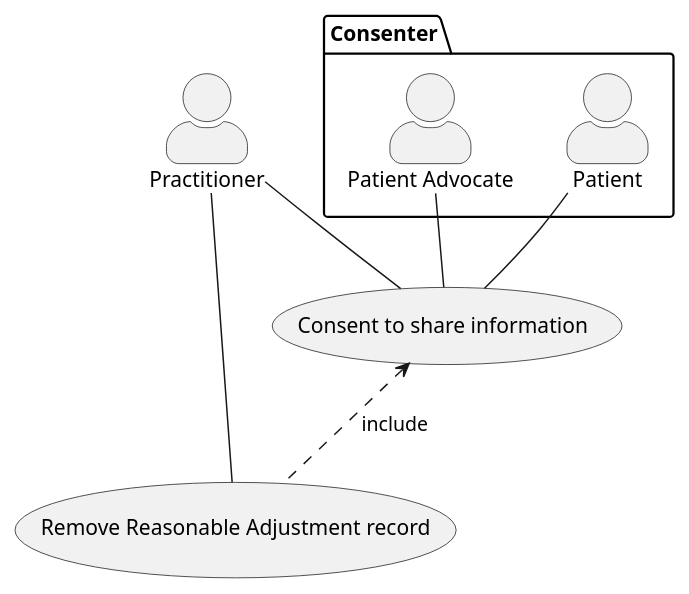
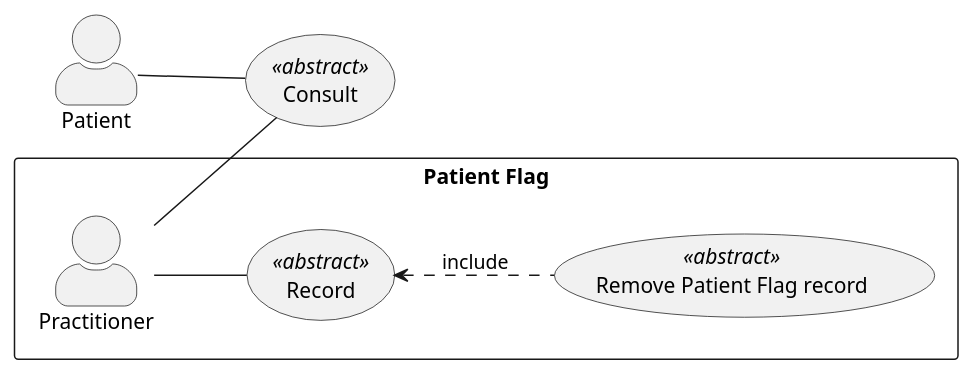
The diagram in input/images-source/remove-pf-record-usecase.plantuml (NHSDigital/ra-sandbox), drawn with PlantUML before and after one commit.

Commit message:
remove pf record diags

```diff
--- a/input/images-source/remove-pf-record-usecase.plantuml
+++ b/input/images-source/remove-pf-record-usecase.plantuml
@@ -1,21 +1,22 @@
 @startuml
 
 skinparam actorStyle awesome
+left to right direction
 
+rectangle "Patient Flag"{
 actor Practitioner as pra
-package Consenter {
-  actor "Patient Advocate" as pad
-  actor Patient as pat
+usecase "Record" as record <<abstract>>
+usecase "Remove Patient Flag record" as rem <<abstract>>
 }
 
-usecase  "Consent to share information" as CON
-usecase "Remove Reasonable Adjustment record" as RET
 
-pat -- CON
-pad -- CON
-pra -- CON
-pra -- RET
-CON <.. RET : include
+actor Patient as pat
 
+usecase "Consult" as consult <<abstract>>
+
+pat -- consult
+pra -- consult
+pra -- record
+record <.. rem : include
 
 @enduml
```
